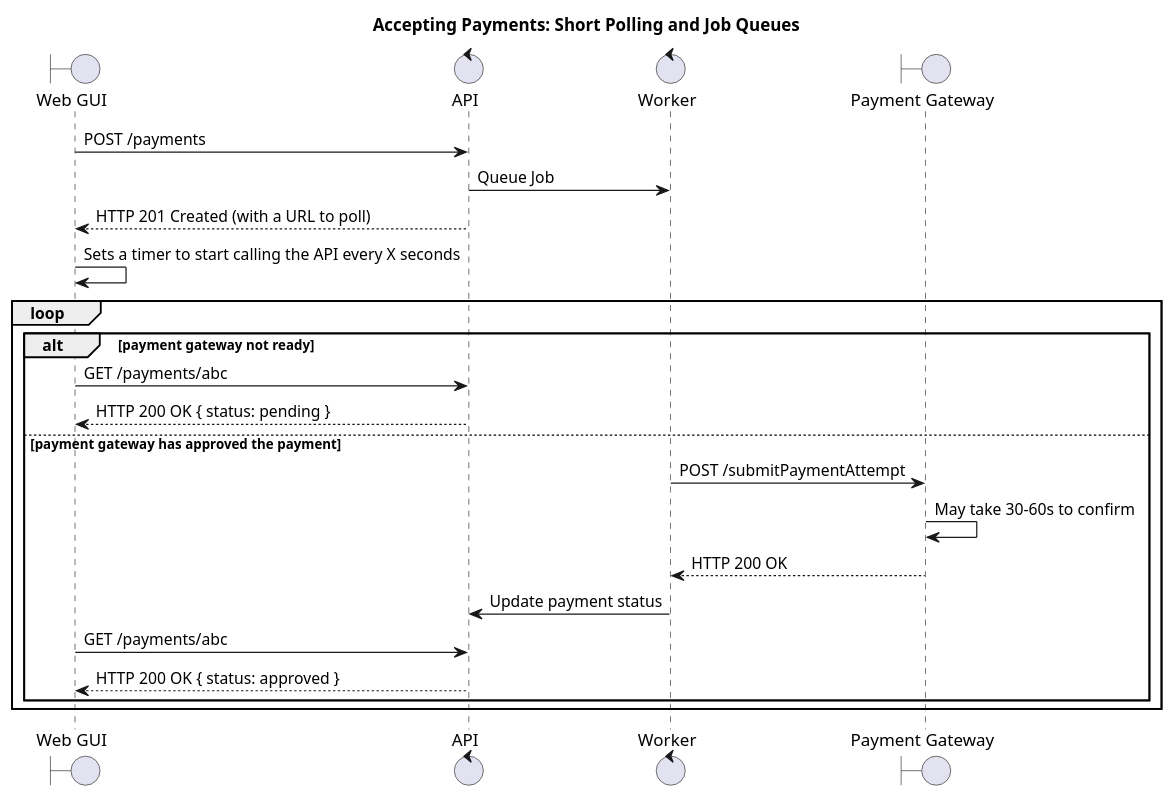
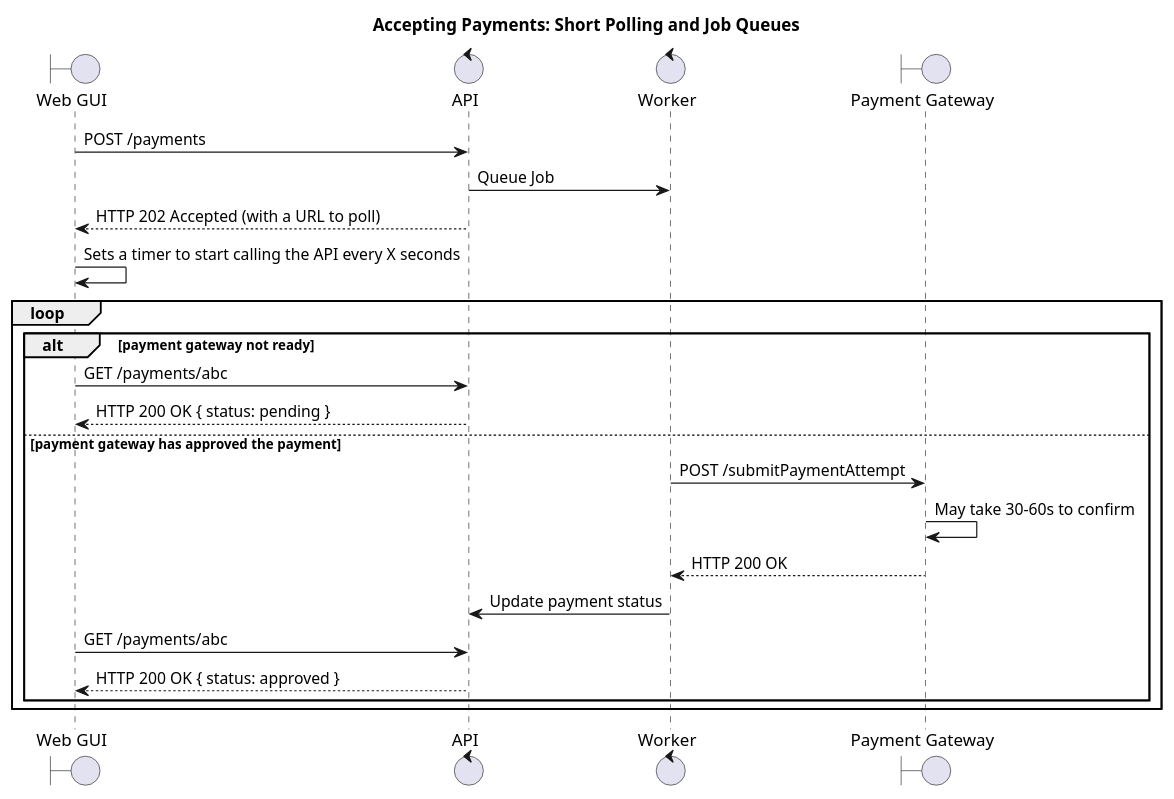
One commit to apisyouwonthate/book-build-apis-2 changed the second of 4 diagrams in src/1-theory/10-async.adoc. Above: the diagram before and after it, drawn with PlantUML. The commit also changed other lines of this file and 1 other file, not shown here.

```diff
--- a/src/1-theory/10-async.adoc
+++ b/src/1-theory/10-async.adoc
@@ -280,32 +284,32 @@
 [plantuml]
 ----
 @startuml
 
 title Accepting Payments: Short Polling and Job Queues
 
 boundary "Web GUI" as GUI
 control "API"
 control Worker
 boundary "Payment Gateway" as PG
 
 GUI -> API: POST /payments
 API -> Worker: Queue Job
-GUI <-- API: HTTP 201 Created (with a URL to poll)
+GUI <-- API: HTTP 202 Accepted (with a URL to poll)
 GUI -> GUI: Sets a timer to start calling the API every X seconds
 
 loop
     alt payment gateway not ready
         GUI -> API: GET /payments/abc
         GUI <-- API: HTTP 200 OK { status: pending }
     else payment gateway has approved the payment
         Worker -> PG: POST /submitPaymentAttempt
         PG -> PG: May take 30-60s to confirm
         Worker <-- PG: HTTP 200 OK
         Worker -> API: Update payment status
         GUI -> API: GET /payments/abc
         GUI <-- API: HTTP 200 OK { status: approved }
     end
 end
 
 @enduml
 ----
```
